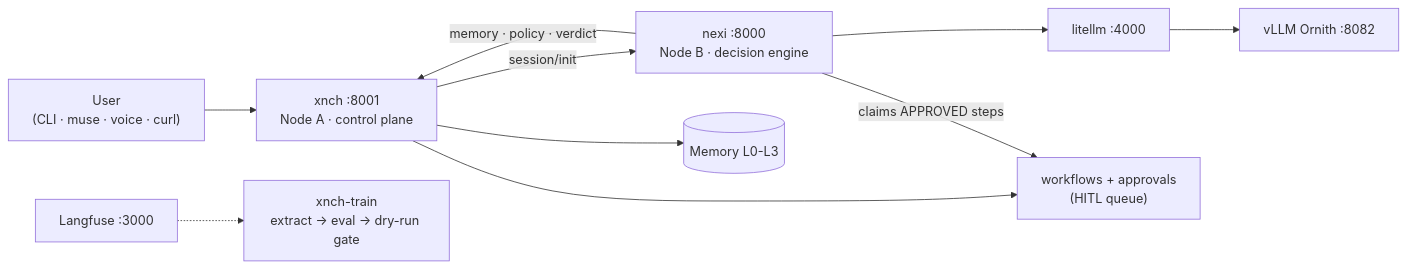
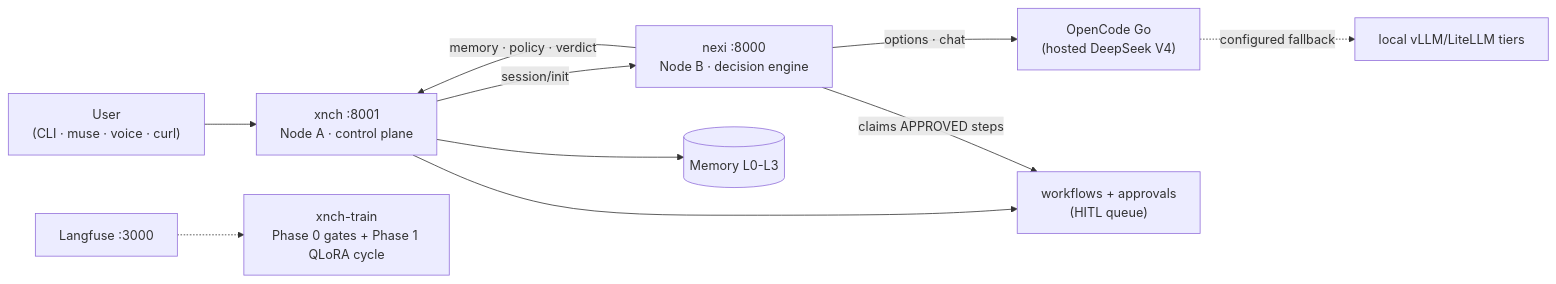
Before and after one commit to x-nch/xnchSystems: the diagram in README.md, drawn with Mermaid. The commit also changed other lines of this file and 16 other files, not shown here.

````diff
--- a/README.md
+++ b/README.md
@@ -19,11 +20,12 @@
 ```mermaid
 flowchart LR
     U["User<br/>(CLI · muse · voice · curl)"] --> X["xnch :8001<br/>Node A · control plane"]
     X -->|"session/init"| N["nexi :8000<br/>Node B · decision engine"]
     N -->|"memory · policy · verdict"| X
-    N --> LLM["litellm :4000"] --> V["vLLM Ornith :8082"]
+    N -->|"options · chat"| LLM["OpenCode Go<br/>(hosted DeepSeek V4)"]
+    LLM -.->|"configured fallback"| V["local vLLM/LiteLLM tiers"]
     X --> M[("Memory L0-L3")]
     X --> W["workflows + approvals<br/>(HITL queue)"]
     N -->|"claims APPROVED steps"| W
-    T["Langfuse :3000"] -.-> TR["xnch-train<br/>extract → eval → dry-run gate"]
+    T["Langfuse :3000"] -.-> TR["xnch-train<br/>Phase 0 gates + Phase 1 QLoRA cycle"]
 ```
````
